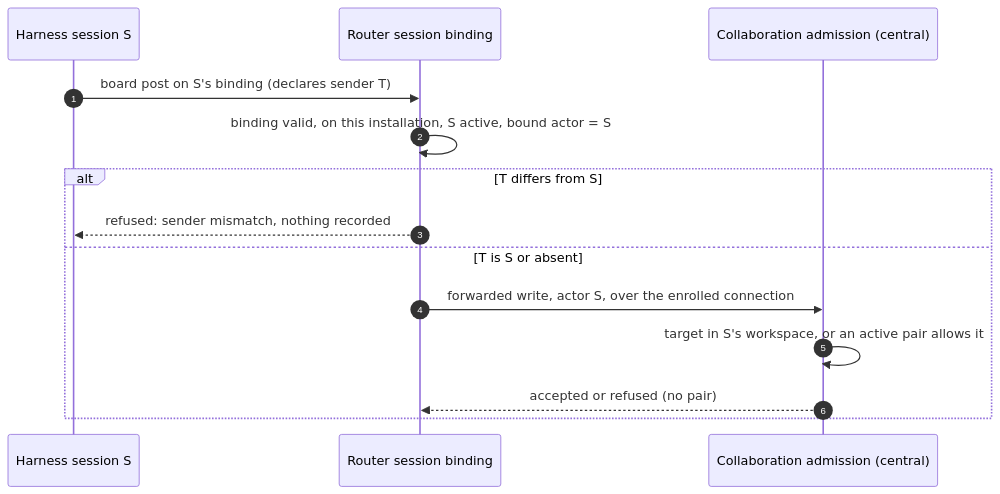
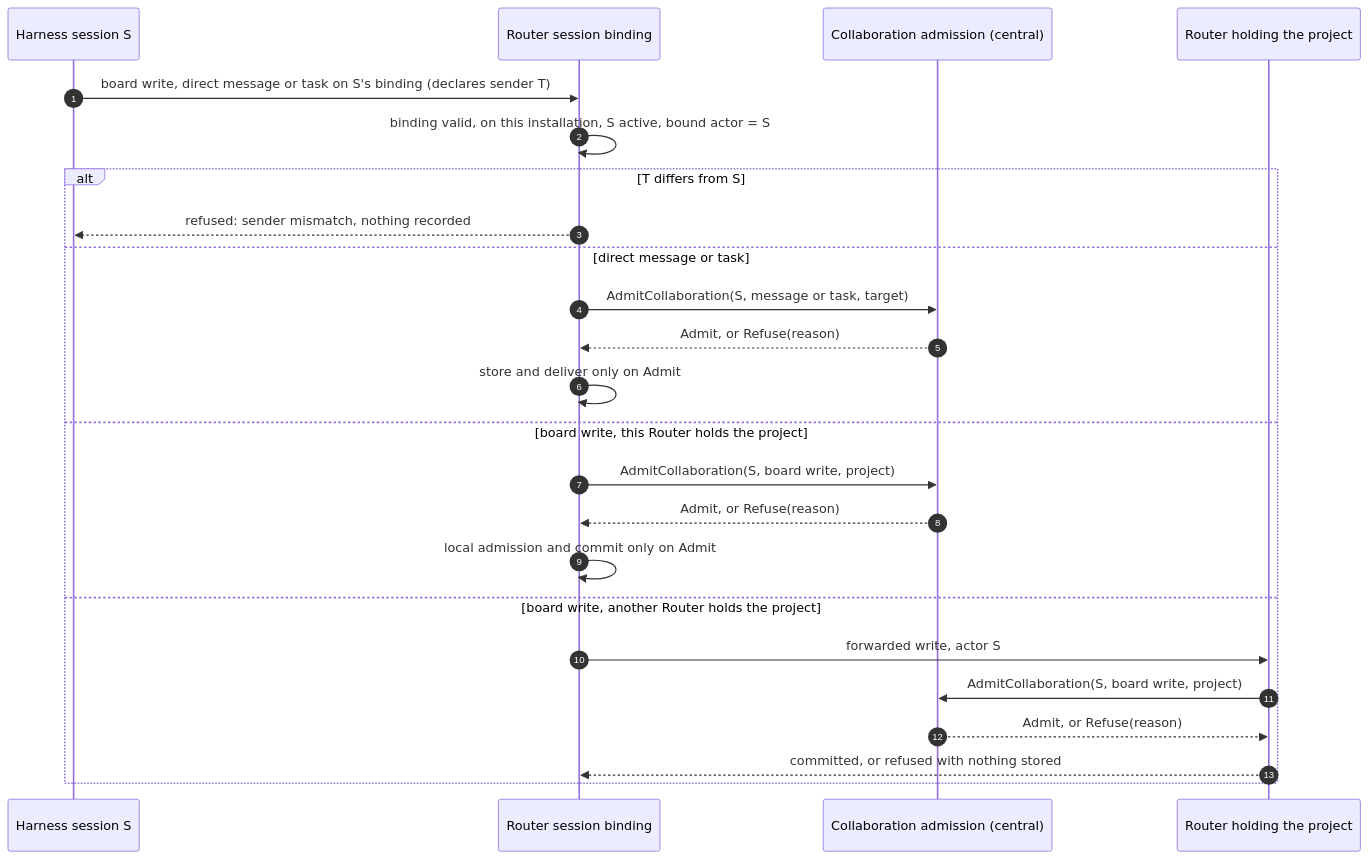
One commit to ShravanSunder/agent-vm changed the sixth of 7 diagrams in docs/specs/2026-10-24-agent-identity/program-design.md. Above: the diagram before and after it, drawn with Mermaid. The commit also changed other lines of this file and 7 other files, not shown here.

````diff
--- a/docs/specs/2026-10-24-agent-identity/program-design.md
+++ b/docs/specs/2026-10-24-agent-identity/program-design.md
@@ -494,16 +559,26 @@
 ```mermaid
 sequenceDiagram
   autonumber
   participant H as Harness session S
   participant RB as Router session binding
   participant CA as Collaboration admission (central)
-  H->>RB: board post on S's binding (declares sender T)
+  participant HR as Router holding the project
+  H->>RB: board write, direct message or task on S's binding (declares sender T)
   RB->>RB: binding valid, on this installation, S active, bound actor = S
   alt T differs from S
     RB-->>H: refused: sender mismatch, nothing recorded
-  else T is S or absent
-    RB->>CA: forwarded write, actor S, over the enrolled connection
-    CA->>CA: target in S's workspace, or an active pair allows it
-    CA-->>RB: accepted or refused (no pair)
+  else direct message or task
+    RB->>CA: AdmitCollaboration(S, message or task, target)
+    CA-->>RB: Admit, or Refuse(reason)
+    RB->>RB: store and deliver only on Admit
+  else board write, this Router holds the project
+    RB->>CA: AdmitCollaboration(S, board write, project)
+    CA-->>RB: Admit, or Refuse(reason)
+    RB->>RB: local admission and commit only on Admit
+  else board write, another Router holds the project
+    RB->>HR: forwarded write, actor S
+    HR->>CA: AdmitCollaboration(S, board write, project)
+    CA-->>HR: Admit, or Refuse(reason)
+    HR-->>RB: committed, or refused with nothing stored
   end
 ```
````
